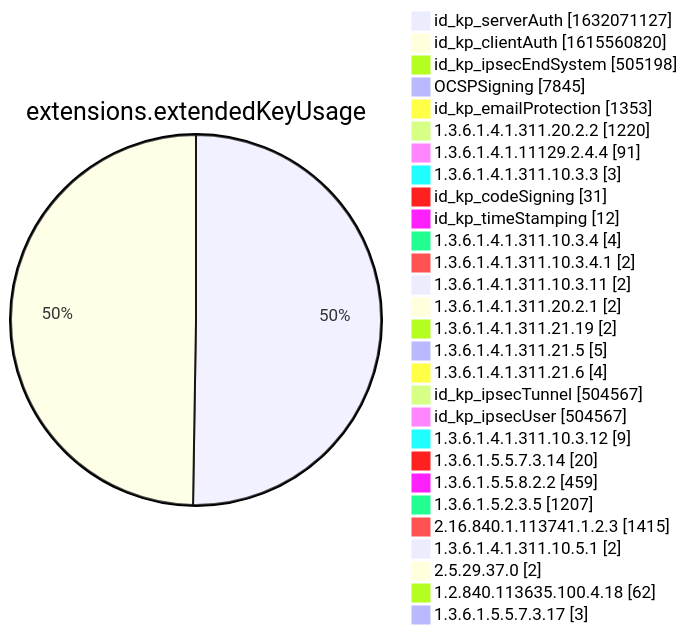
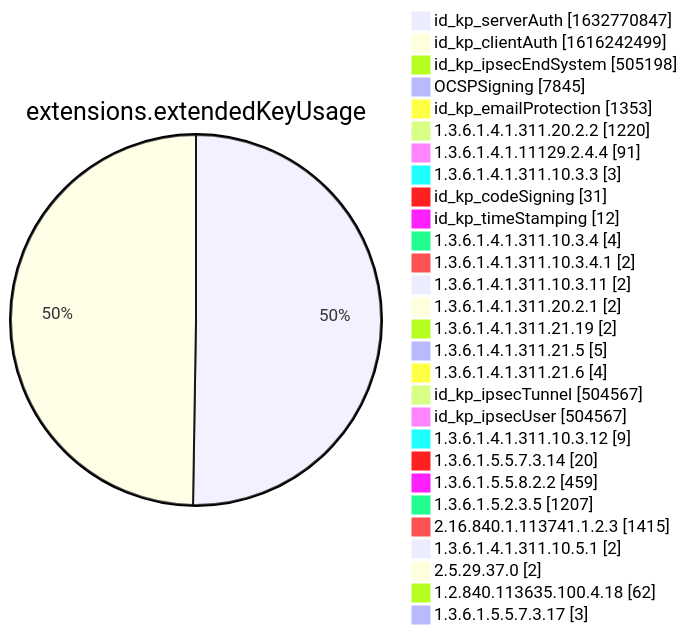
Diagram 12 of 15 in xenon2022/README.md (christiankrug/ctmonitor_visualization), drawn with Mermaid before and after one commit. The commit also changed other lines of this file, not shown here.

````diff
--- a/xenon2022/README.md
+++ b/xenon2022/README.md
@@ -3886,32 +3886,32 @@
 ```mermaid
 pie showData
 title extensions.extendedKeyUsage
-"id_kp_serverAuth" :1632071127
-"id_kp_clientAuth" :1615560820
+"id_kp_serverAuth" :1632770847
+"id_kp_clientAuth" :1616242499
 "id_kp_ipsecEndSystem" :505198
 "OCSPSigning" :7845
 "id_kp_emailProtection" :1353
 "1.3.6.1.4.1.311.20.2.2" :1220
 "1.3.6.1.4.1.11129.2.4.4" :91
 "1.3.6.1.4.1.311.10.3.3" :3
 "id_kp_codeSigning" :31
 "id_kp_timeStamping" :12
 "1.3.6.1.4.1.311.10.3.4" :4
 "1.3.6.1.4.1.311.10.3.4.1" :2
 "1.3.6.1.4.1.311.10.3.11" :2
 "1.3.6.1.4.1.311.20.2.1" :2
 "1.3.6.1.4.1.311.21.19" :2
 "1.3.6.1.4.1.311.21.5" :5
 "1.3.6.1.4.1.311.21.6" :4
 "id_kp_ipsecTunnel" :504567
 "id_kp_ipsecUser" :504567
 "1.3.6.1.4.1.311.10.3.12" :9
 "1.3.6.1.5.5.7.3.14" :20
 "1.3.6.1.5.5.8.2.2" :459
 "1.3.6.1.5.2.3.5" :1207
 "2.16.840.1.113741.1.2.3" :1415
 "1.3.6.1.4.1.311.10.5.1" :2
 "2.5.29.37.0" :2
 "1.2.840.113635.100.4.18" :62
 "1.3.6.1.5.5.7.3.17" :3
 ```
````
